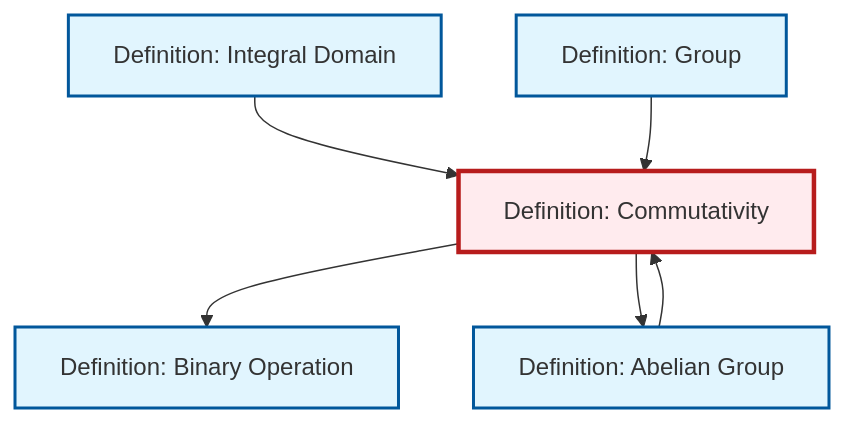
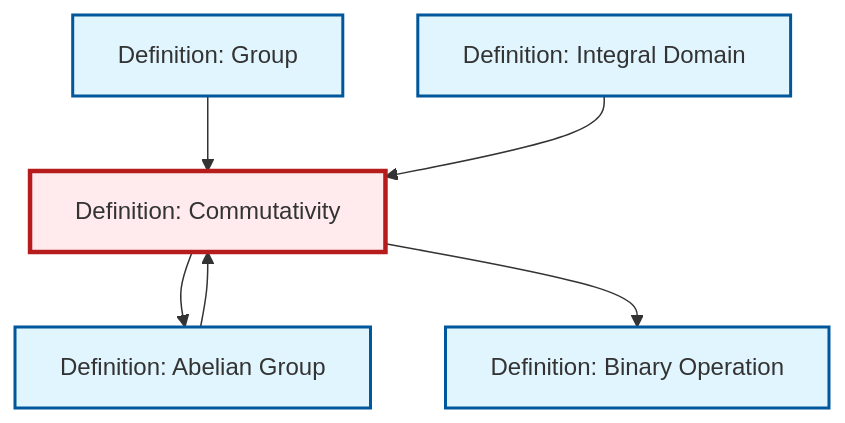
Before and after one commit to RK0429/ModernMath: the diagram in content/en/algebra/def-commutativity.qmd, drawn with Mermaid. The commit also changed other lines of this file and 619 other files, not shown here.

````diff
--- a/content/en/algebra/def-commutativity.qmd
+++ b/content/en/algebra/def-commutativity.qmd
@@ -93,24 +93,24 @@
 ```{mermaid}
 %%| fig-cap: "Local dependency graph"
 graph TD
     classDef definition fill:#e1f5fe,stroke:#01579b,stroke-width:2px
     classDef theorem fill:#f3e5f5,stroke:#4a148c,stroke-width:2px
     classDef axiom fill:#fff3e0,stroke:#e65100,stroke-width:2px
     classDef example fill:#e8f5e9,stroke:#1b5e20,stroke-width:2px
     classDef current fill:#ffebee,stroke:#b71c1c,stroke-width:3px
+    def-binary-operation["Definition: Binary Operation"]:::definition
     def-integral-domain["Definition: Integral Domain"]:::definition
+    def-abelian-group["Definition: Abelian Group"]:::definition
     def-commutativity["Definition: Commutativity"]:::definition
-    def-abelian-group["Definition: Abelian Group"]:::definition
     def-group["Definition: Group"]:::definition
-    def-binary-operation["Definition: Binary Operation"]:::definition
+    def-abelian-group --> def-commutativity
+    def-commutativity --> def-abelian-group
+    def-group --> def-commutativity
     def-integral-domain --> def-commutativity
     def-commutativity --> def-binary-operation
-    def-abelian-group --> def-commutativity
-    def-group --> def-commutativity
-    def-commutativity --> def-abelian-group
     class def-commutativity current
+    click def-binary-operation "def-binary-operation.html" "Go to Binary Operation definition"
     click def-integral-domain "def-integral-domain.html" "Go to Integral Domain definition"
     click def-abelian-group "def-abelian-group.html" "Go to Abelian Group definition"
     click def-group "def-group.html" "Go to Group definition"
-    click def-binary-operation "def-binary-operation.html" "Go to Binary Operation definition"
 ```
````
